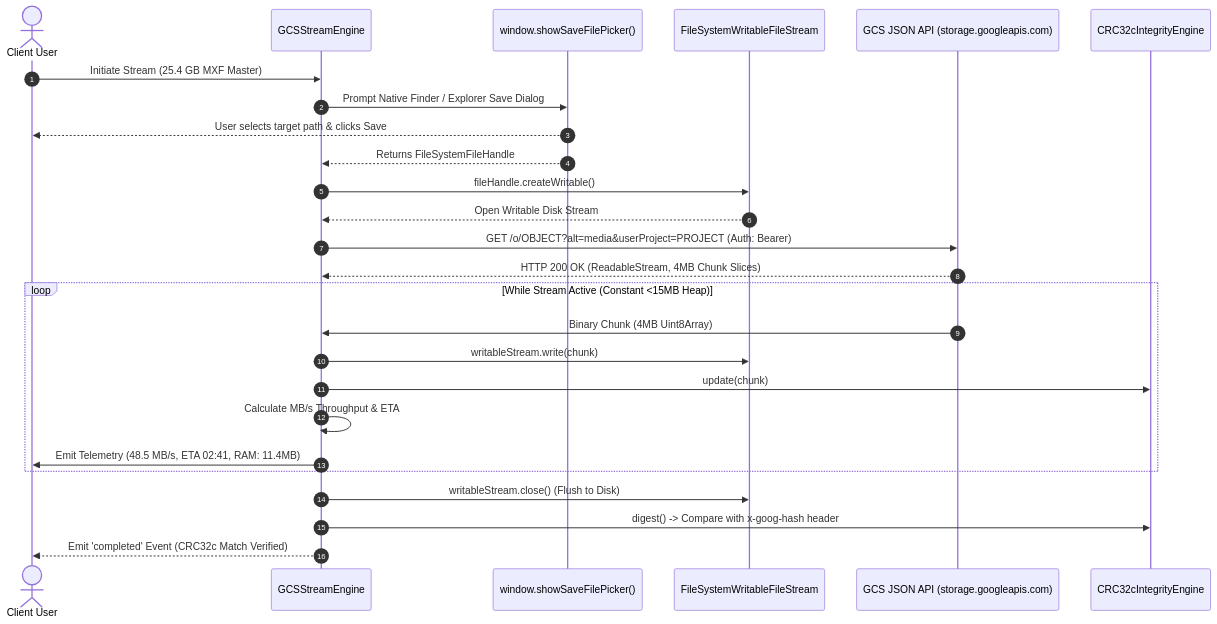
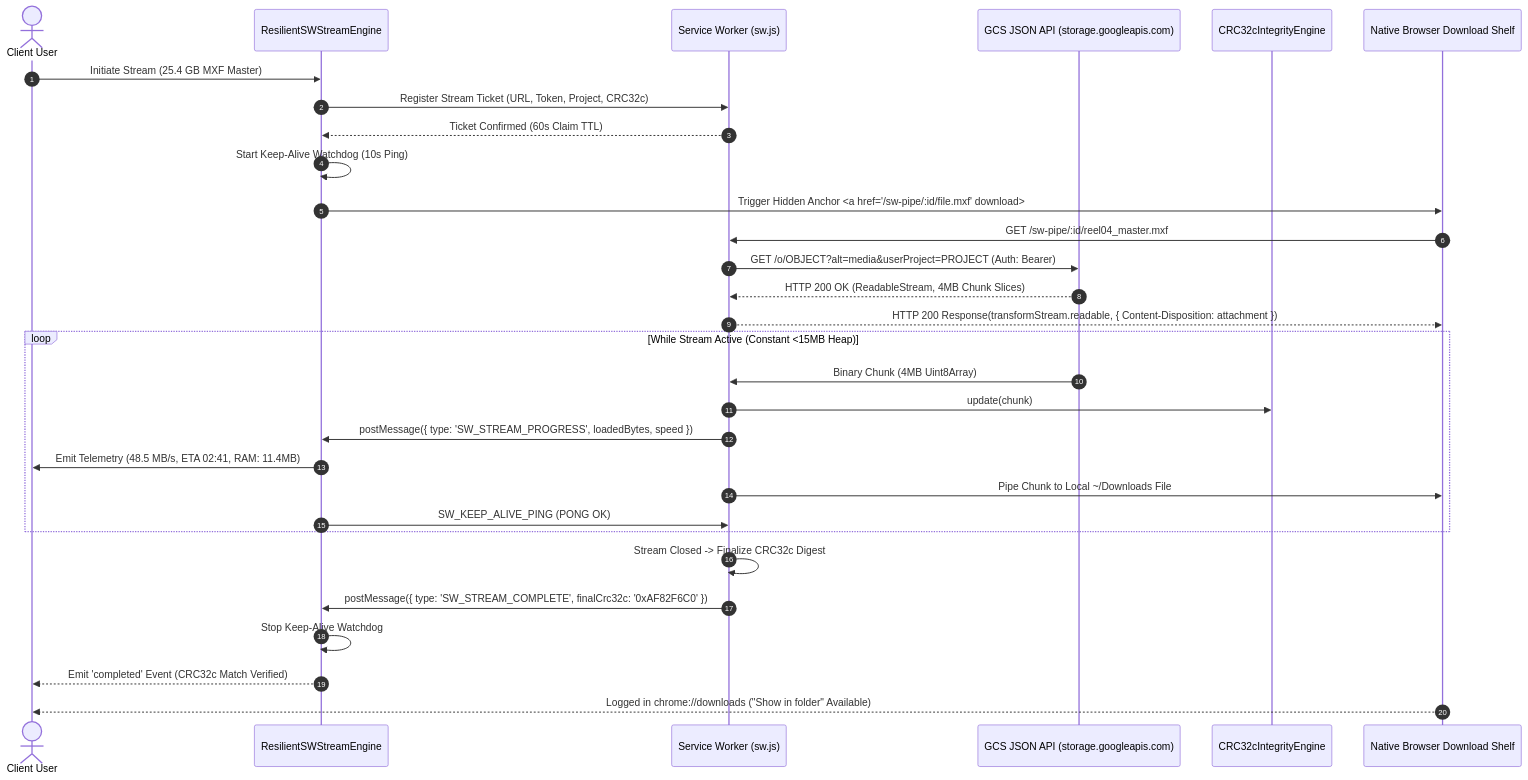
Before and after one commit to NovaLogicDev/FilesOfBaSingSe: the fourth of 8 diagrams in docs/requirements/system_engines_design_specification.md, drawn with Mermaid. The commit also changed other lines of this file and 9 other files, not shown here.

Commit message:
docs: converge on resilient service worker streaming architecture and native browser download integration

````diff
--- a/docs/requirements/system_engines_design_specification.md
+++ b/docs/requirements/system_engines_design_specification.md
@@ -440,32 +440,38 @@
 ```mermaid
 sequenceDiagram
     autonumber
     actor User as Client User
-    participant Engine as GCSStreamEngine
-    participant FSAA as window.showSaveFilePicker()
-    participant Sink as FileSystemWritableFileStream
+    participant Bridge as ResilientSWStreamEngine
+    participant SW as Service Worker (sw.js)
     participant GCS as GCS JSON API (storage.googleapis.com)
     participant HashEngine as CRC32cIntegrityEngine
+    participant BrowserDL as Native Browser Download Shelf
 
-    User->>Engine: Initiate Stream (25.4 GB MXF Master)
-    Engine->>FSAA: Prompt Native Finder / Explorer Save Dialog
-    FSAA-->>User: User selects target path & clicks Save
-    FSAA-->>Engine: Returns FileSystemFileHandle
-    Engine->>Sink: fileHandle.createWritable()
-    Sink-->>Engine: Open Writable Disk Stream
+    User->>Bridge: Initiate Stream (25.4 GB MXF Master)
+    Bridge->>SW: Register Stream Ticket (URL, Token, Project, CRC32c)
+    SW-->>Bridge: Ticket Confirmed (60s Claim TTL)
 
-    Engine->>GCS: GET /o/OBJECT?alt=media&userProject=PROJECT (Auth: Bearer)
-    GCS-->>Engine: HTTP 200 OK (ReadableStream, 4MB Chunk Slices)
+    Bridge->>Bridge: Start Keep-Alive Watchdog (10s Ping)
+    Bridge->>BrowserDL: Trigger Hidden Anchor <a href="/sw-pipe/:id/file.mxf" download>
+
+    BrowserDL->>SW: GET /sw-pipe/:id/reel04_master.mxf
+    SW->>GCS: GET /o/OBJECT?alt=media&userProject=PROJECT (Auth: Bearer)
+    GCS-->>SW: HTTP 200 OK (ReadableStream, 4MB Chunk Slices)
+
+    SW-->>BrowserDL: HTTP 200 Response(transformStream.readable, { Content-Disposition: attachment })
 
     loop While Stream Active (Constant <15MB Heap)
-        GCS->>Engine: Binary Chunk (4MB Uint8Array)
-        Engine->>Sink: writableStream.write(chunk)
-        Engine->>HashEngine: update(chunk)
-        Engine->>Engine: Calculate MB/s Throughput & ETA
-        Engine->>User: Emit Telemetry (48.5 MB/s, ETA 02:41, RAM: 11.4MB)
+        GCS->>SW: Binary Chunk (4MB Uint8Array)
+        SW->>HashEngine: update(chunk)
+        SW->>Bridge: postMessage({ type: 'SW_STREAM_PROGRESS', loadedBytes, speed })
+        Bridge->>User: Emit Telemetry (48.5 MB/s, ETA 02:41, RAM: 11.4MB)
+        SW->>BrowserDL: Pipe Chunk to Local ~/Downloads File
+        Bridge->>SW: SW_KEEP_ALIVE_PING (PONG OK)
     end
 
-    Engine->>Sink: writableStream.close() (Flush to Disk)
-    Engine->>HashEngine: digest() -> Compare with x-goog-hash header
-    Engine-->>User: Emit 'completed' Event (CRC32c Match Verified)
+    SW->>SW: Stream Closed -> Finalize CRC32c Digest
+    SW->>Bridge: postMessage({ type: 'SW_STREAM_COMPLETE', finalCrc32c: '0xAF82F6C0' })
+    Bridge->>Bridge: Stop Keep-Alive Watchdog
+    Bridge-->>User: Emit 'completed' Event (CRC32c Match Verified)
+    BrowserDL-->>User: Logged in chrome://downloads ("Show in folder" Available)
 ```
````
